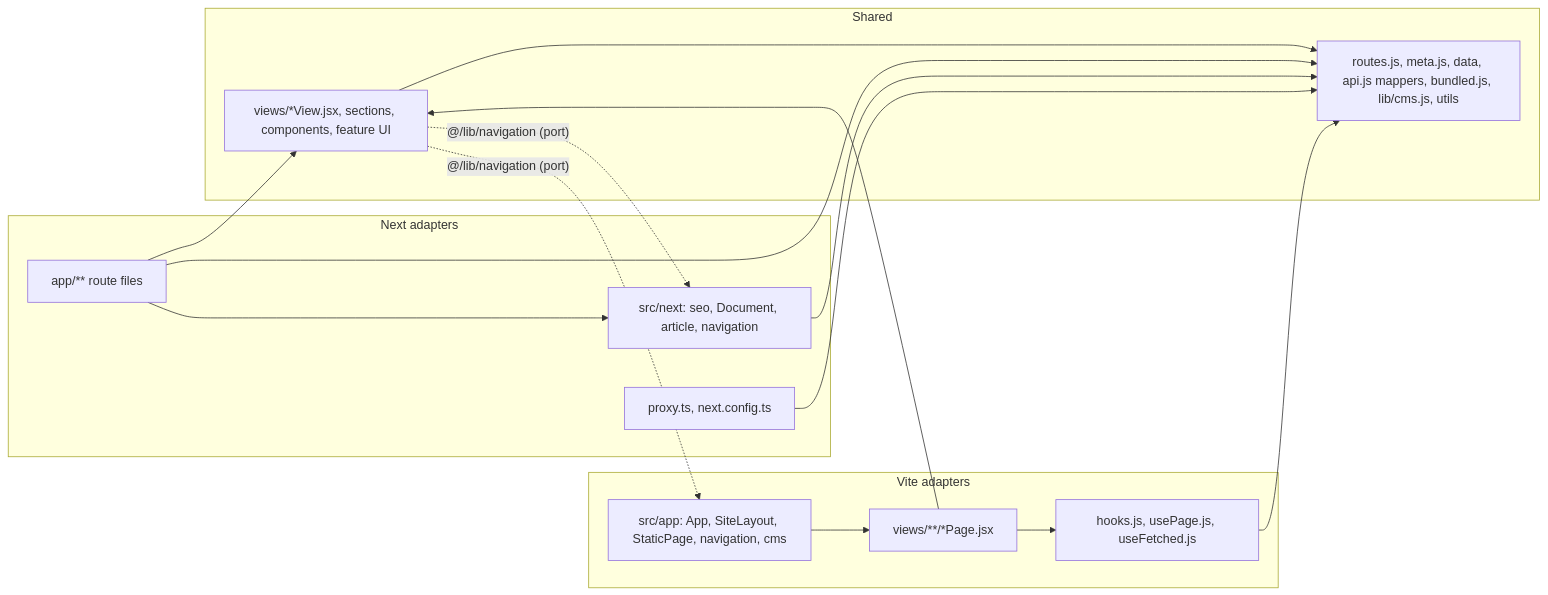
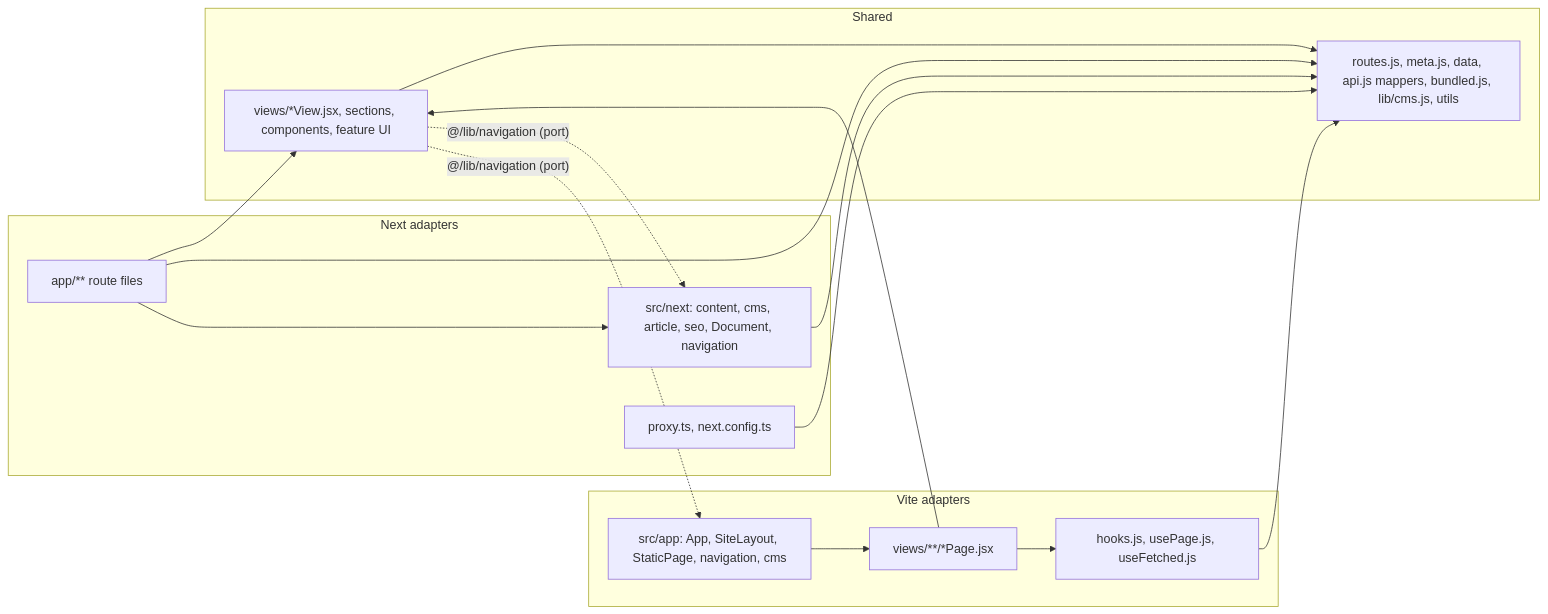
Before and after one commit to HoangLonglogisticsproject/HMV_landingpage: the diagram in docs/architecture/NEXTJS_TARGET_ARCHITECTURE.md, drawn with Mermaid. The commit also changed other lines of this file and 6 other files, not shown here.

First line of the commit message:
docs(architecture): revision 4, CMS layer, takedown, single source for numbers

````diff
--- a/docs/architecture/NEXTJS_TARGET_ARCHITECTURE.md
+++ b/docs/architecture/NEXTJS_TARGET_ARCHITECTURE.md
@@ -33,23 +35,23 @@
 ```mermaid
 graph LR
   subgraph Next[Next adapters]
-    R[app/** route files] --> NL[src/next: seo, Document, article, navigation]
+    R[app/** route files] --> NL[src/next: content, cms, article, seo, Document, navigation]
     P[proxy.ts, next.config.ts]
   end
   subgraph Vite[Vite adapters]
     A[src/app: App, SiteLayout, StaticPage, navigation, cms] --> VP[views/**/*Page.jsx]
     H[hooks.js, usePage.js, useFetched.js]
   end
   subgraph Shared
     V[views/*View.jsx, sections, components, feature UI] --> U[routes.js, meta.js, data, api.js mappers, bundled.js, lib/cms.js, utils]
   end
   R --> V
   R --> U
   NL --> U
   P --> U
   VP --> V
   VP --> H
   H --> U
   V -. "@/lib/navigation (port)" .-> NL
   V -. "@/lib/navigation (port)" .-> A
 ```
````
